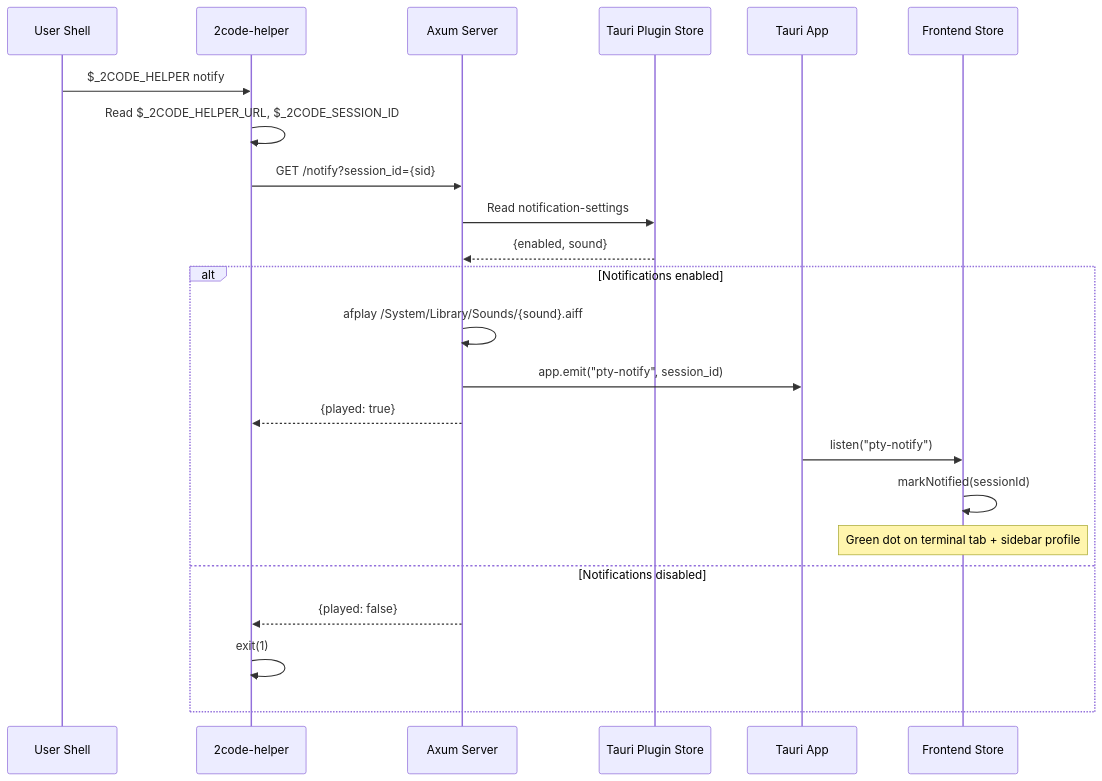
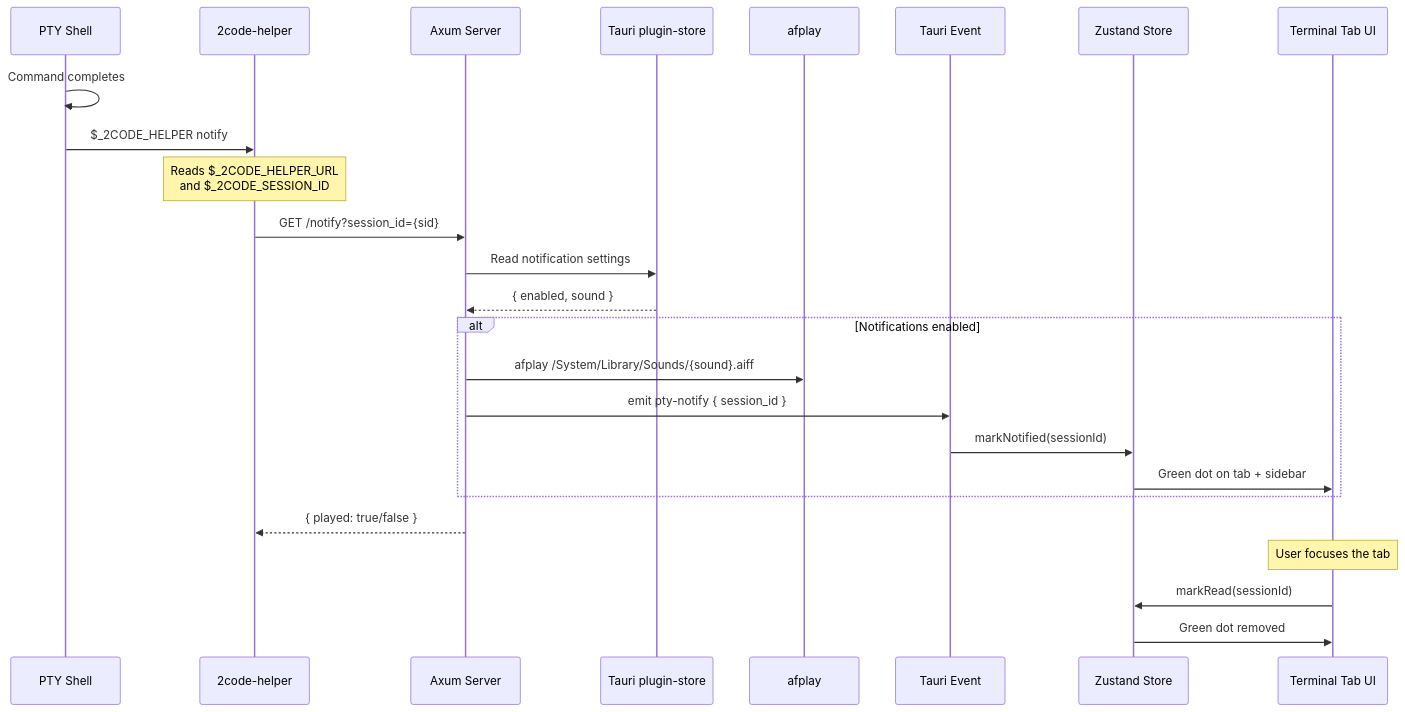
One commit to AkaraChen/2code changed the fourth of 4 diagrams in docs/data-flow.md. Above: the diagram before and after it, drawn with Mermaid. The commit also changed other lines of this file and 8 other files, not shown here.

First line of the commit message:
docs: update CLAUDE.md and regenerate architecture documentation

````diff
--- a/docs/data-flow.md
+++ b/docs/data-flow.md
@@ -119,27 +124,32 @@
 ```mermaid
 sequenceDiagram
-    participant Shell as User Shell
-    participant CLI as 2code-helper
-    participant HTTP as Axum Server
-    participant Store as Tauri Plugin Store
-    participant App as Tauri App
-    participant FE as Frontend Store
+    participant Shell as PTY Shell
+    participant Helper as 2code-helper
+    participant Axum as Axum Server
+    participant Store as Tauri plugin-store
+    participant Sound as afplay
+    participant Event as Tauri Event
+    participant ZStore as Zustand Store
+    participant UI as Terminal Tab UI
 
-    Shell->>CLI: $_2CODE_HELPER notify
-    CLI->>CLI: Read $_2CODE_HELPER_URL, $_2CODE_SESSION_ID
-    CLI->>HTTP: GET /notify?session_id={sid}
-    HTTP->>Store: Read notification-settings
-    Store-->>HTTP: {enabled, sound}
+    Shell->>Shell: Command completes
+    Shell->>Helper: $_2CODE_HELPER notify
+    Note over Helper: Reads $_2CODE_HELPER_URL<br/>and $_2CODE_SESSION_ID
+
+    Helper->>Axum: GET /notify?session_id={sid}
+    Axum->>Store: Read notification settings
+    Store-->>Axum: { enabled, sound }
 
     alt Notifications enabled
-        HTTP->>HTTP: afplay /System/Library/Sounds/{sound}.aiff
-        HTTP->>App: app.emit("pty-notify", session_id)
-        HTTP-->>CLI: {played: true}
-        App->>FE: listen("pty-notify")
-        FE->>FE: markNotified(sessionId)
-        Note over FE: Green dot on terminal tab + sidebar profile
-    else Notifications disabled
-        HTTP-->>CLI: {played: false}
-        CLI->>CLI: exit(1)
+        Axum->>Sound: afplay /System/Library/Sounds/{sound}.aiff
+        Axum->>Event: emit pty-notify { session_id }
+        Event->>ZStore: markNotified(sessionId)
+        ZStore->>UI: Green dot on tab + sidebar
     end
+
+    Axum-->>Helper: { played: true/false }
+
+    Note over UI: User focuses the tab
+    UI->>ZStore: markRead(sessionId)
+    ZStore->>UI: Green dot removed
 ```
````
